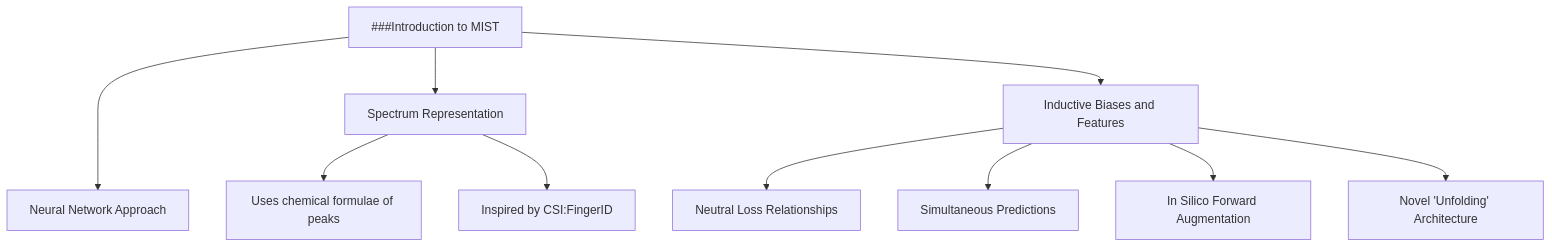
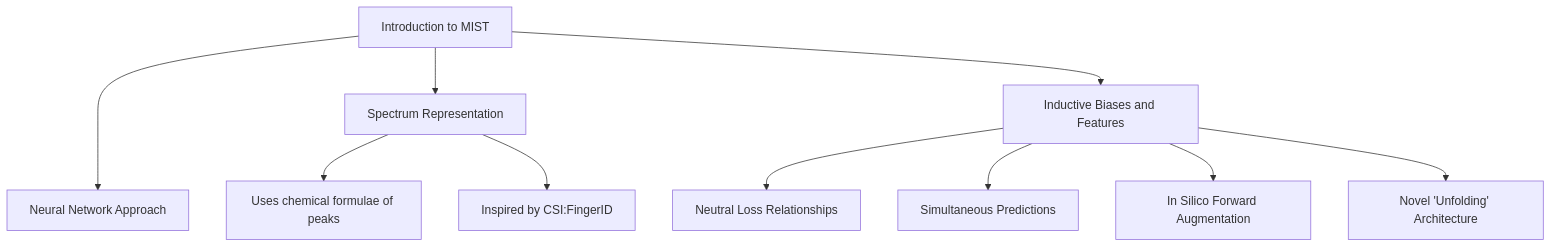
Before and after one commit to lamalab-org/toolminutes: the first of 2 diagrams in papers/Metabolite_MS_Transformer/annotating-metabolite-mass-spectra-with-domain-inspired-chemical-formula-transformers.md, drawn with Mermaid. The commit also changed other lines of this file, not shown here.

Commit message:
flowchart

````diff
--- a/papers/Metabolite_MS_Transformer/annotating-metabolite-mass-spectra-with-domain-inspired-chemical-formula-transformers.md
+++ b/papers/Metabolite_MS_Transformer/annotating-metabolite-mass-spectra-with-domain-inspired-chemical-formula-transformers.md
@@ -6,15 +6,15 @@
 ```mermaid
 graph TD;
     
 
-    Introduction_MIST["###Introduction to MIST"] ---> Neural_Network_Approach["Neural Network Approach"];
+    Introduction_MIST["Introduction to MIST"] ---> Neural_Network_Approach["Neural Network Approach"];
     Introduction_MIST --> Spectrum_Representation["Spectrum Representation"];
     Introduction_MIST --> Inductive_Biases_and_Features["Inductive Biases and Features"];
     Inductive_Biases_and_Features --> Neutral_Loss_Relationships["Neutral Loss Relationships"];
     Inductive_Biases_and_Features --> Simultaneous_Predictions["Simultaneous Predictions"];
     Inductive_Biases_and_Features --> In_Silico_Forward_Augmentation["In Silico Forward Augmentation"];
     Inductive_Biases_and_Features --> Novel_Unfolding_Architecture["Novel 'Unfolding' Architecture"];
     Spectrum_Representation --> Chemical_Formulae_of_Peaks["Uses chemical formulae of peaks"];
     Spectrum_Representation --> Inspired_by_CSI_FingerID["Inspired by CSI:FingerID"];
 
 ```
````
